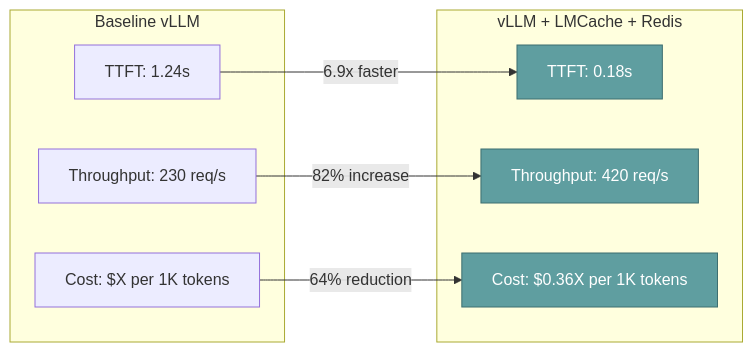
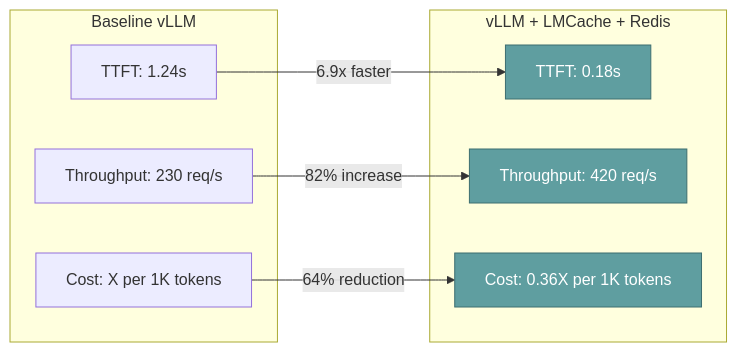
One commit to bet0x/barrahome-2026 changed the second of 2 diagrams in 2026/02/08/lmcache-redis-distributed-kv-cache.md. Above: the diagram before and after it, drawn with Mermaid. The commit also changed other lines of this file, not shown here.

Commit message:
Fix Mermaid syntax: remove quotes from subgraph labels

```diff
--- a/2026/02/08/lmcache-redis-distributed-kv-cache.md
+++ b/2026/02/08/lmcache-redis-distributed-kv-cache.md
@@ -305,22 +301,19 @@
 <div class="mermaid">
 graph LR
-    subgraph "Baseline vLLM"
+    subgraph Baseline[Baseline vLLM]
         A1[TTFT: 1.24s]
         A2[Throughput: 230 req/s]
-        A3[Cost: $X per 1K tokens]
+        A3[Cost: X per 1K tokens]
     end
-    
-    subgraph "vLLM + LMCache + Redis"
+    subgraph WithLMCache[vLLM + LMCache + Redis]
         B1[TTFT: 0.18s]
         B2[Throughput: 420 req/s]
-        B3[Cost: $0.36X per 1K tokens]
+        B3[Cost: 0.36X per 1K tokens]
     end
-    
     A1 -->|6.9x faster| B1
     A2 -->|82% increase| B2
     A3 -->|64% reduction| B3
-    
     style B1 fill:#5f9ea0,stroke:#3d6e70,color:#fff
     style B2 fill:#5f9ea0,stroke:#3d6e70,color:#fff
     style B3 fill:#5f9ea0,stroke:#3d6e70,color:#fff
 </div>
```
